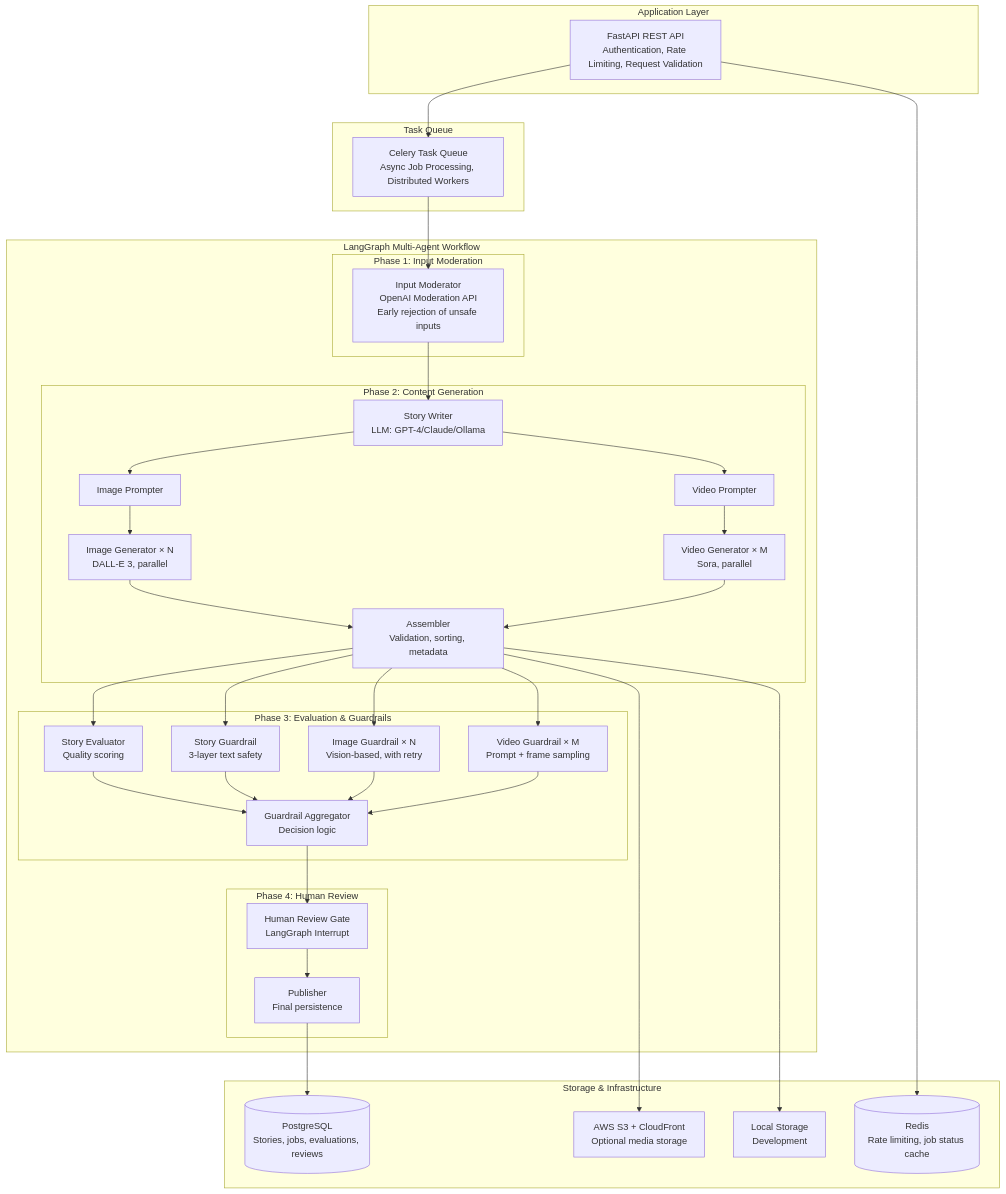
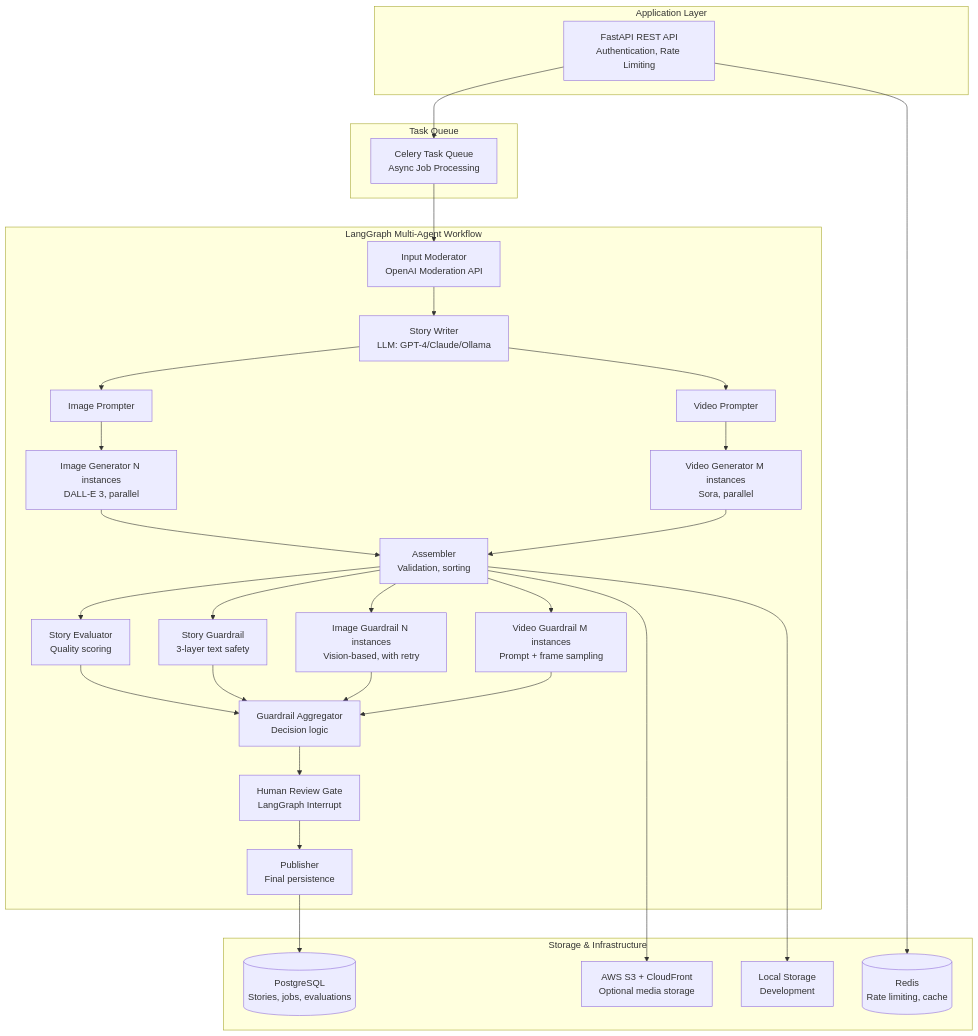
Before and after one commit to kanavkalra-in/kids_story_agent: the diagram in README.md, drawn with Mermaid. The commit also changed 2 other files, not shown here.

Commit message:
Documentation

````diff
--- a/README.md
+++ b/README.md
@@ -28,70 +28,59 @@
 ```mermaid
 graph TB
-    subgraph "Application Layer"
-        API[FastAPI REST API<br/>Authentication, Rate Limiting, Request Validation]
+    subgraph App["Application Layer"]
+        API["FastAPI REST API<br/>Authentication, Rate Limiting"]
     end
     
-    subgraph "Task Queue"
-        CELERY[Celery Task Queue<br/>Async Job Processing, Distributed Workers]
+    subgraph Queue["Task Queue"]
+        CELERY["Celery Task Queue<br/>Async Job Processing"]
     end
     
-    subgraph "LangGraph Multi-Agent Workflow"
-        subgraph "Phase 1: Input Moderation"
-            INPUT[Input Moderator<br/>OpenAI Moderation API<br/>Early rejection of unsafe inputs]
-        end
-        
-        subgraph "Phase 2: Content Generation"
-            STORY[Story Writer<br/>LLM: GPT-4/Claude/Ollama]
-            IMG_PROMPT[Image Prompter]
-            VID_PROMPT[Video Prompter]
-            IMG_GEN[Image Generator × N<br/>DALL-E 3, parallel]
-            VID_GEN[Video Generator × M<br/>Sora, parallel]
-            ASSEMBLER[Assembler<br/>Validation, sorting, metadata]
-        end
-        
-        subgraph "Phase 3: Evaluation & Guardrails"
-            EVAL[Story Evaluator<br/>Quality scoring]
-            STORY_GUARD[Story Guardrail<br/>3-layer text safety]
-            IMG_GUARD[Image Guardrail × N<br/>Vision-based, with retry]
-            VID_GUARD[Video Guardrail × M<br/>Prompt + frame sampling]
-            AGGREGATOR[Guardrail Aggregator<br/>Decision logic]
-        end
-        
-        subgraph "Phase 4: Human Review"
-            REVIEW[Human Review Gate<br/>LangGraph Interrupt]
-            PUBLISHER[Publisher<br/>Final persistence]
-        end
+    subgraph Workflow["LangGraph Multi-Agent Workflow"]
+        INPUT["Input Moderator<br/>OpenAI Moderation API"]
+        STORY["Story Writer<br/>LLM: GPT-4/Claude/Ollama"]
+        IMG_PROMPT["Image Prompter"]
+        VID_PROMPT["Video Prompter"]
+        IMG_GEN["Image Generator N instances<br/>DALL-E 3, parallel"]
+        VID_GEN["Video Generator M instances<br/>Sora, parallel"]
+        ASSEMBLER["Assembler<br/>Validation, sorting"]
+        EVAL["Story Evaluator<br/>Quality scoring"]
+        STORY_GUARD["Story Guardrail<br/>3-layer text safety"]
+        IMG_GUARD["Image Guardrail N instances<br/>Vision-based, with retry"]
+        VID_GUARD["Video Guardrail M instances<br/>Prompt + frame sampling"]
+        AGGREGATOR["Guardrail Aggregator<br/>Decision logic"]
+        REVIEW["Human Review Gate<br/>LangGraph Interrupt"]
+        PUBLISHER["Publisher<br/>Final persistence"]
     end
     
-    subgraph "Storage & Infrastructure"
-        PG[(PostgreSQL<br/>Stories, jobs, evaluations, reviews)]
-        REDIS[(Redis<br/>Rate limiting, job status cache)]
-        S3[AWS S3 + CloudFront<br/>Optional media storage]
-        LOCAL[Local Storage<br/>Development]
+    subgraph Storage["Storage & Infrastructure"]
+        PG[("PostgreSQL<br/>Stories, jobs, evaluations")]
+        REDIS[("Redis<br/>Rate limiting, cache")]
+        S3["AWS S3 + CloudFront<br/>Optional media storage"]
+        LOCAL["Local Storage<br/>Development"]
     end
     
     API --> CELERY
     CELERY --> INPUT
     INPUT --> STORY
     STORY --> IMG_PROMPT
     STORY --> VID_PROMPT
     IMG_PROMPT --> IMG_GEN
     VID_PROMPT --> VID_GEN
     IMG_GEN --> ASSEMBLER
     VID_GEN --> ASSEMBLER
     ASSEMBLER --> EVAL
     ASSEMBLER --> STORY_GUARD
     ASSEMBLER --> IMG_GUARD
     ASSEMBLER --> VID_GUARD
     EVAL --> AGGREGATOR
     STORY_GUARD --> AGGREGATOR
     IMG_GUARD --> AGGREGATOR
     VID_GUARD --> AGGREGATOR
     AGGREGATOR --> REVIEW
     REVIEW --> PUBLISHER
     
     PUBLISHER --> PG
     API --> REDIS
     ASSEMBLER --> S3
     ASSEMBLER --> LOCAL
 ```
````
